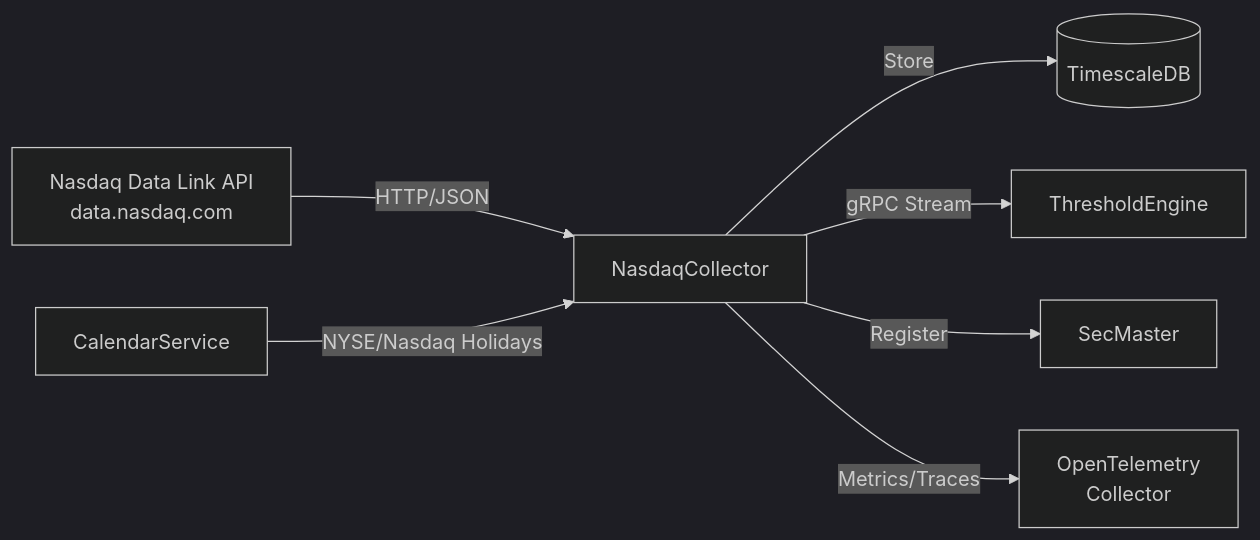
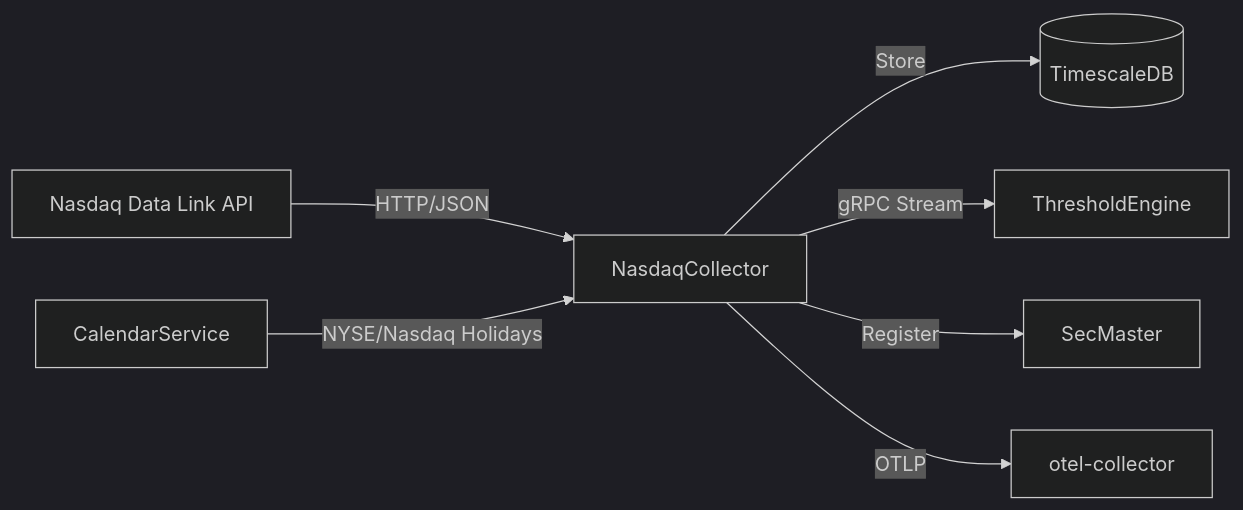
Before and after one commit to jpansarasa/ATLAS-Docs: the diagram in NasdaqCollector/README.md, drawn with Mermaid (dark theme). The commit also changed other lines of this file and 17 other files, not shown here.

````diff
--- a/NasdaqCollector/README.md
+++ b/NasdaqCollector/README.md
@@ -13,9 +13,9 @@
 ```mermaid
 flowchart LR
-    NDL[Nasdaq Data Link API<br/>data.nasdaq.com] -->|HTTP/JSON| NC[NasdaqCollector]
+    NDL[Nasdaq Data Link API] -->|HTTP/JSON| NC[NasdaqCollector]
+    CAL[CalendarService] -->|NYSE/Nasdaq Holidays| NC
     NC -->|Store| DB[(TimescaleDB)]
     NC -->|gRPC Stream| TE[ThresholdEngine]
     NC -->|Register| SM[SecMaster]
-    NC -->|Metrics/Traces| OTEL[OpenTelemetry<br/>Collector]
-    CAL[CalendarService] -->|NYSE/Nasdaq Holidays| NC
+    NC -->|OTLP| OTEL[otel-collector]
 ```
````
